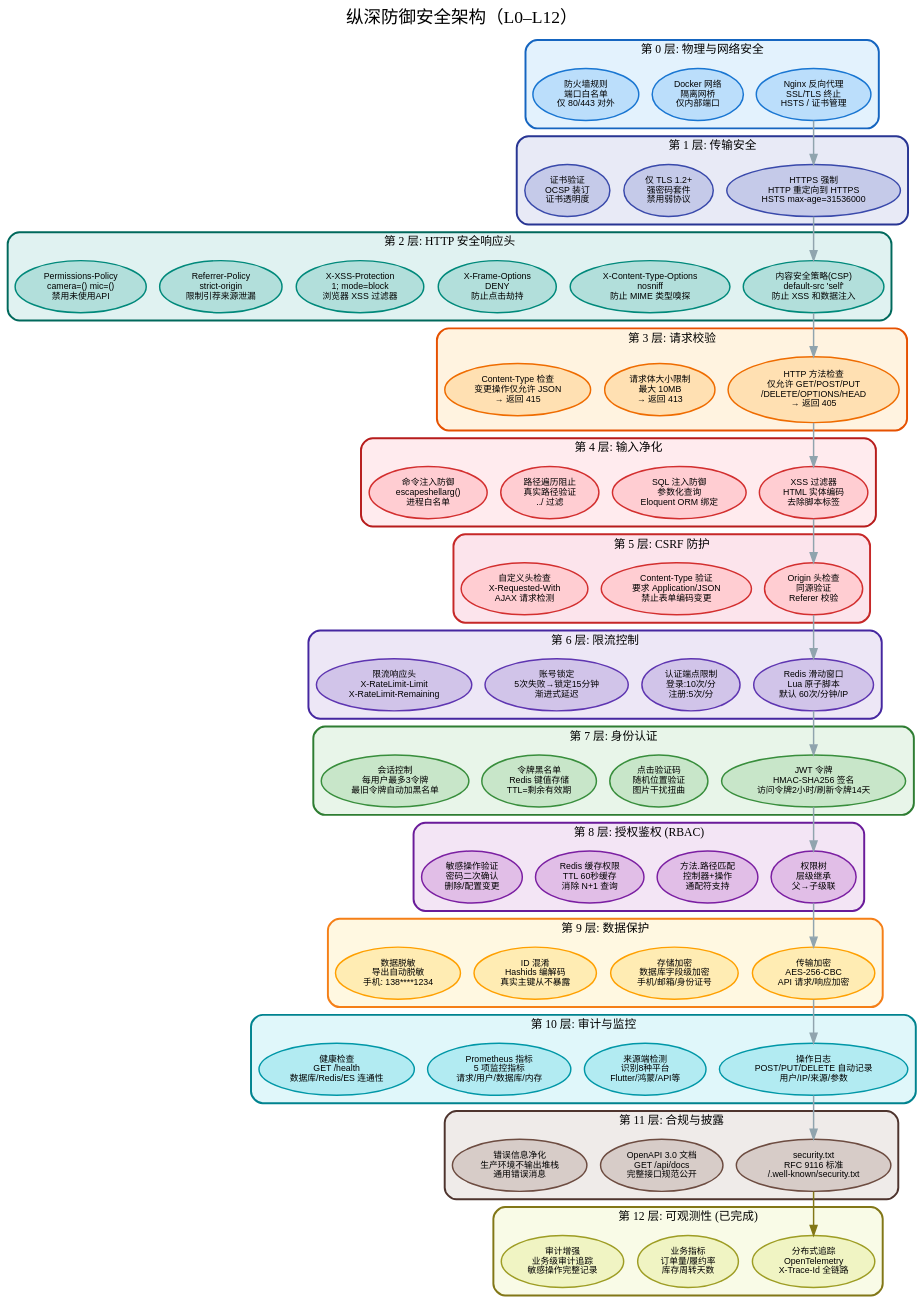
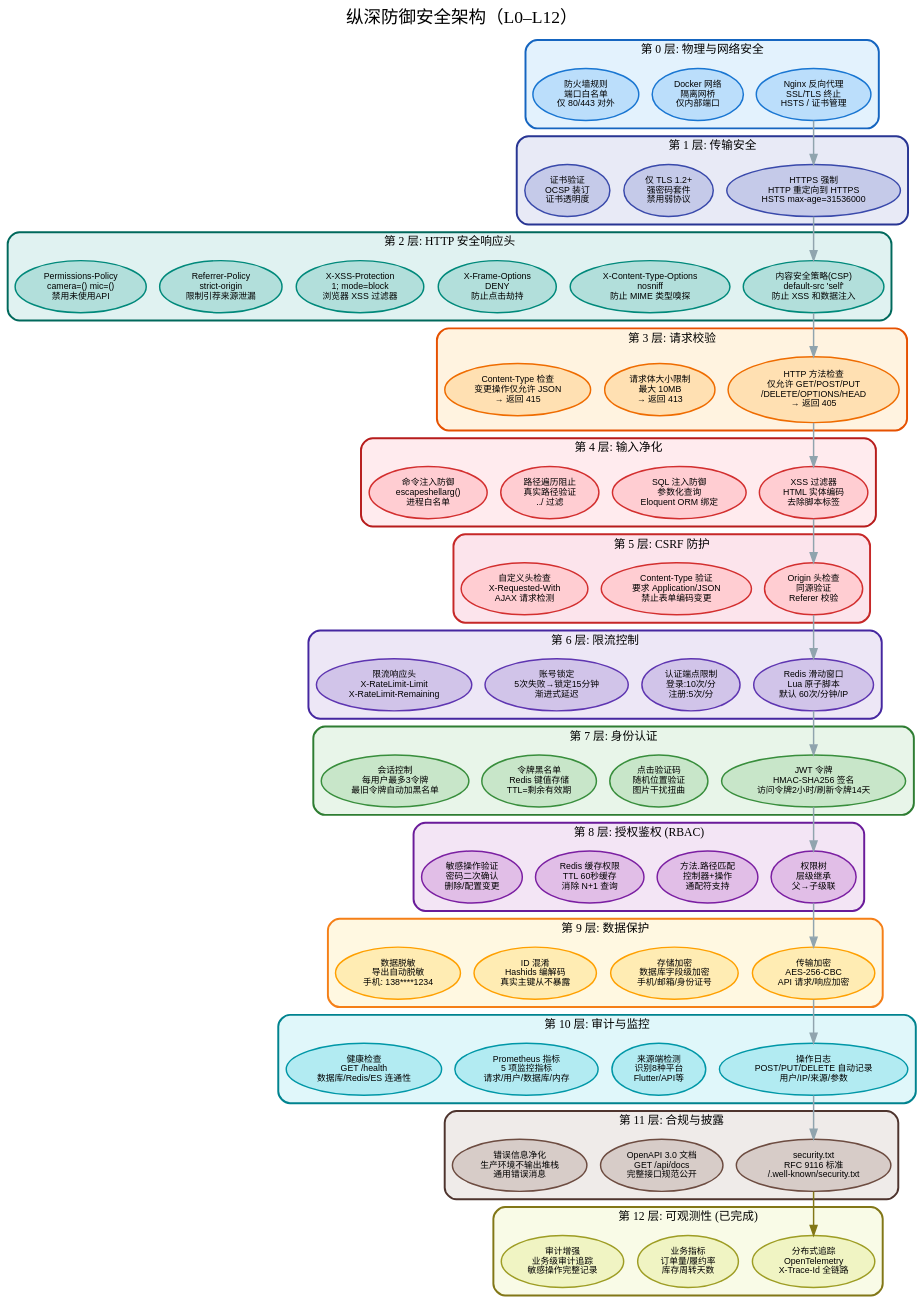
One commit to erikwang2013/erp-php changed the diagram in docs/diagrams/security-architecture-cn.dot. Above: the diagram before and after it, drawn with Graphviz. The commit also changed 652 other files, not shown here.

Commit message:
文档：仅保留中英文 README，清理已移除功能与过时图片

```diff
--- a/docs/diagrams/security-architecture-cn.dot
+++ b/docs/diagrams/security-architecture-cn.dot
@@ -1,156 +1,156 @@
 digraph SecurityArchitectureCN {
     rankdir=TB;
     fontname="Arial";
     fontsize=14;
     bgcolor="transparent";
     nodesep=0.2;
     ranksep=0.3;
     compound=true;
 
     node [fontname="Arial", fontsize=9, style="filled,rounded", penwidth=1.5];
 
     label="纵深防御安全架构（L0–L12）";
     fontsize=18;
     fontname="Arial Bold";
     labelloc="t";
 
     subgraph cluster_L0 {
         label="第 0 层: 物理与网络安全";
         fontsize=12; fontname="Arial Bold";
         style="filled,rounded"; fillcolor="#e3f2fd"; color="#1565c0"; penwidth=2;
         L0a [label="Nginx 反向代理\nSSL/TLS 终止\nHSTS / 证书管理", fillcolor="#bbdefb", color="#1976d2"];
         L0b [label="Docker 网络\n隔离网桥\n仅内部端口", fillcolor="#bbdefb", color="#1976d2"];
         L0c [label="防火墙规则\n端口白名单\n仅 80/443 对外", fillcolor="#bbdefb", color="#1976d2"];
     }
 
     subgraph cluster_L1 {
         label="第 1 层: 传输安全";
         fontsize=12; fontname="Arial Bold";
         style="filled,rounded"; fillcolor="#e8eaf6"; color="#283593"; penwidth=2;
         L1a [label="HTTPS 强制\nHTTP 重定向到 HTTPS\nHSTS max-age=31536000", fillcolor="#c5cae9", color="#3949ab"];
         L1b [label="仅 TLS 1.2+\n强密码套件\n禁用弱协议", fillcolor="#c5cae9", color="#3949ab"];
         L1c [label="证书验证\nOCSP 装订\n证书透明度", fillcolor="#c5cae9", color="#3949ab"];
     }
 
     subgraph cluster_L2 {
         label="第 2 层: HTTP 安全响应头";
         fontsize=12; fontname="Arial Bold";
         style="filled,rounded"; fillcolor="#e0f2f1"; color="#00695c"; penwidth=2;
         L2a [label="内容安全策略(CSP)\ndefault-src 'self'\n防止 XSS 和数据注入", fillcolor="#b2dfdb", color="#00897b"];
         L2b [label="X-Content-Type-Options\nnosniff\n防止 MIME 类型嗅探", fillcolor="#b2dfdb", color="#00897b"];
         L2c [label="X-Frame-Options\nDENY\n防止点击劫持", fillcolor="#b2dfdb", color="#00897b"];
         L2d [label="X-XSS-Protection\n1; mode=block\n浏览器 XSS 过滤器", fillcolor="#b2dfdb", color="#00897b"];
         L2e [label="Referrer-Policy\nstrict-origin\n限制引荐来源泄漏", fillcolor="#b2dfdb", color="#00897b"];
         L2f [label="Permissions-Policy\ncamera=() mic=()\n禁用未使用API", fillcolor="#b2dfdb", color="#00897b"];
     }
 
     subgraph cluster_L3 {
         label="第 3 层: 请求校验";
         fontsize=12; fontname="Arial Bold";
         style="filled,rounded"; fillcolor="#fff3e0"; color="#e65100"; penwidth=2;
         L3a [label="HTTP 方法检查\n仅允许 GET/POST/PUT\n/DELETE/OPTIONS/HEAD\n→ 返回 405", fillcolor="#ffe0b2", color="#ef6c00"];
         L3b [label="请求体大小限制\n最大 10MB\n→ 返回 413", fillcolor="#ffe0b2", color="#ef6c00"];
         L3c [label="Content-Type 检查\n变更操作仅允许 JSON\n→ 返回 415", fillcolor="#ffe0b2", color="#ef6c00"];
     }
 
     subgraph cluster_L4 {
         label="第 4 层: 输入净化";
         fontsize=12; fontname="Arial Bold";
         style="filled,rounded"; fillcolor="#ffebee"; color="#b71c1c"; penwidth=2;
         L4a [label="XSS 过滤器\nHTML 实体编码\n去除脚本标签", fillcolor="#ffcdd2", color="#d32f2f"];
         L4b [label="SQL 注入防御\n参数化查询\nEloquent ORM 绑定", fillcolor="#ffcdd2", color="#d32f2f"];
         L4c [label="路径遍历阻止\n真实路径验证\n../ 过滤", fillcolor="#ffcdd2", color="#d32f2f"];
         L4d [label="命令注入防御\nescapeshellarg()\n进程白名单", fillcolor="#ffcdd2", color="#d32f2f"];
     }
 
     subgraph cluster_L5 {
         label="第 5 层: CSRF 防护";
         fontsize=12; fontname="Arial Bold";
         style="filled,rounded"; fillcolor="#fce4ec"; color="#c62828"; penwidth=2;
         L5a [label="Origin 头检查\n同源验证\nReferer 校验", fillcolor="#ffcdd2", color="#d32f2f"];
         L5b [label="Content-Type 验证\n要求 Application/JSON\n禁止表单编码变更", fillcolor="#ffcdd2", color="#d32f2f"];
         L5c [label="自定义头检查\nX-Requested-With\nAJAX 请求检测", fillcolor="#ffcdd2", color="#d32f2f"];
     }
 
     subgraph cluster_L6 {
         label="第 6 层: 限流控制";
         fontsize=12; fontname="Arial Bold";
         style="filled,rounded"; fillcolor="#ede7f6"; color="#4527a0"; penwidth=2;
         L6a [label="Redis 滑动窗口\nLua 原子脚本\n默认 60次/分钟/IP", fillcolor="#d1c4e9", color="#5e35b1"];
         L6b [label="认证端点限制\n登录:10次/分\n注册:5次/分", fillcolor="#d1c4e9", color="#5e35b1"];
         L6c [label="账号锁定\n5次失败→锁定15分钟\n渐进式延迟", fillcolor="#d1c4e9", color="#5e35b1"];
         L6d [label="限流响应头\nX-RateLimit-Limit\nX-RateLimit-Remaining", fillcolor="#d1c4e9", color="#5e35b1"];
     }
 
     subgraph cluster_L7 {
         label="第 7 层: 身份认证";
         fontsize=12; fontname="Arial Bold";
         style="filled,rounded"; fillcolor="#e8f5e9"; color="#2e7d32"; penwidth=2;
         L7a [label="JWT 令牌\nHMAC-SHA256 签名\n访问令牌2小时/刷新令牌14天", fillcolor="#c8e6c9", color="#388e3c"];
         L7b [label="点击验证码\n随机位置验证\n图片干扰扭曲", fillcolor="#c8e6c9", color="#388e3c"];
         L7c [label="令牌黑名单\nRedis 键值存储\nTTL=剩余有效期", fillcolor="#c8e6c9", color="#388e3c"];
         L7d [label="会话控制\n每用户最多3令牌\n最旧令牌自动加黑名单", fillcolor="#c8e6c9", color="#388e3c"];
     }
 
     subgraph cluster_L8 {
         label="第 8 层: 授权鉴权 (RBAC)";
         fontsize=12; fontname="Arial Bold";
         style="filled,rounded"; fillcolor="#f3e5f5"; color="#6a1b9a"; penwidth=2;
         L8a [label="权限树\n层级继承\n父→子级联", fillcolor="#e1bee7", color="#7b1fa2"];
         L8b [label="方法.路径匹配\n控制器+操作\n通配符支持", fillcolor="#e1bee7", color="#7b1fa2"];
         L8c [label="Redis 缓存权限\nTTL 60秒缓存\n消除 N+1 查询", fillcolor="#e1bee7", color="#7b1fa2"];
         L8d [label="敏感操作验证\n密码二次确认\n删除/配置变更", fillcolor="#e1bee7", color="#7b1fa2"];
     }
 
     subgraph cluster_L9 {
         label="第 9 层: 数据保护";
         fontsize=12; fontname="Arial Bold";
         style="filled,rounded"; fillcolor="#fff8e1"; color="#f57f17"; penwidth=2;
         L9a [label="传输加密\nAES-256-CBC\nAPI 请求/响应加密", fillcolor="#ffecb3", color="#ffa000"];
         L9b [label="存储加密\n数据库字段级加密\n手机/邮箱/身份证号", fillcolor="#ffecb3", color="#ffa000"];
         L9c [label="ID 混淆\nHashids 编解码\n真实主键从不暴露", fillcolor="#ffecb3", color="#ffa000"];
         L9d [label="数据脱敏\n导出自动脱敏\n手机: 138****1234", fillcolor="#ffecb3", color="#ffa000"];
     }
 
     subgraph cluster_L10 {
         label="第 10 层: 审计与监控";
         fontsize=12; fontname="Arial Bold";
         style="filled,rounded"; fillcolor="#e0f7fa"; color="#00838f"; penwidth=2;
         L10a [label="操作日志\nPOST/PUT/DELETE 自动记录\n用户/IP/来源/参数", fillcolor="#b2ebf2", color="#0097a7"];
-        L10b [label="来源端检测\n识别8种平台\nFlutter/鸿蒙/API等", fillcolor="#b2ebf2", color="#0097a7"];
+        L10b [label="来源端检测\n识别8种平台\nFlutter/API等", fillcolor="#b2ebf2", color="#0097a7"];
         L10c [label="Prometheus 指标\n5 项监控指标\n请求/用户/数据库/内存", fillcolor="#b2ebf2", color="#0097a7"];
         L10d [label="健康检查\nGET /health\n数据库/Redis/ES 连通性", fillcolor="#b2ebf2", color="#0097a7"];
     }
 
     subgraph cluster_L11 {
         label="第 11 层: 合规与披露";
         fontsize=12; fontname="Arial Bold";
         style="filled,rounded"; fillcolor="#efebe9"; color="#4e342e"; penwidth=2;
         L11a [label="security.txt\nRFC 9116 标准\n/.well-known/security.txt", fillcolor="#d7ccc8", color="#6d4c41"];
         L11b [label="OpenAPI 3.0 文档\nGET /api/docs\n完整接口规范公开", fillcolor="#d7ccc8", color="#6d4c41"];
         L11c [label="错误信息净化\n生产环境不输出堆栈\n通用错误消息", fillcolor="#d7ccc8", color="#6d4c41"];
     }
 
     L0a -> L1a [color="#90a4ae", penwidth=1.5];
     L1a -> L2a [color="#90a4ae", penwidth=1.5];
     L2a -> L3a [color="#90a4ae", penwidth=1.5];
     L3a -> L4a [color="#90a4ae", penwidth=1.5];
     L4a -> L5a [color="#90a4ae", penwidth=1.5];
     L5a -> L6a [color="#90a4ae", penwidth=1.5];
     L6a -> L7a [color="#90a4ae", penwidth=1.5];
     L7a -> L8a [color="#90a4ae", penwidth=1.5];
     L8a -> L9a [color="#90a4ae", penwidth=1.5];
     L9a -> L10a [color="#90a4ae", penwidth=1.5];
     L10a -> L11a [color="#90a4ae", penwidth=1.5];
 
     subgraph cluster_L12 {
         label="第 12 层: 可观测性 (已完成)";
         fontsize=12; fontname="Arial Bold";
         style="filled,rounded"; fillcolor="#f9fbe7"; color="#827717"; penwidth=2;
         L12a [label="分布式追踪\nOpenTelemetry\nX-Trace-Id 全链路", fillcolor="#f0f4c3", color="#9e9d24"];
         L12b [label="业务指标\n订单量/履约率\n库存周转天数", fillcolor="#f0f4c3", color="#9e9d24"];
         L12c [label="审计增强\n业务级审计追踪\n敏感操作完整记录", fillcolor="#f0f4c3", color="#9e9d24"];
     }
 
     L11a -> L12a [color="#827717", penwidth=1.5];
 }
```
